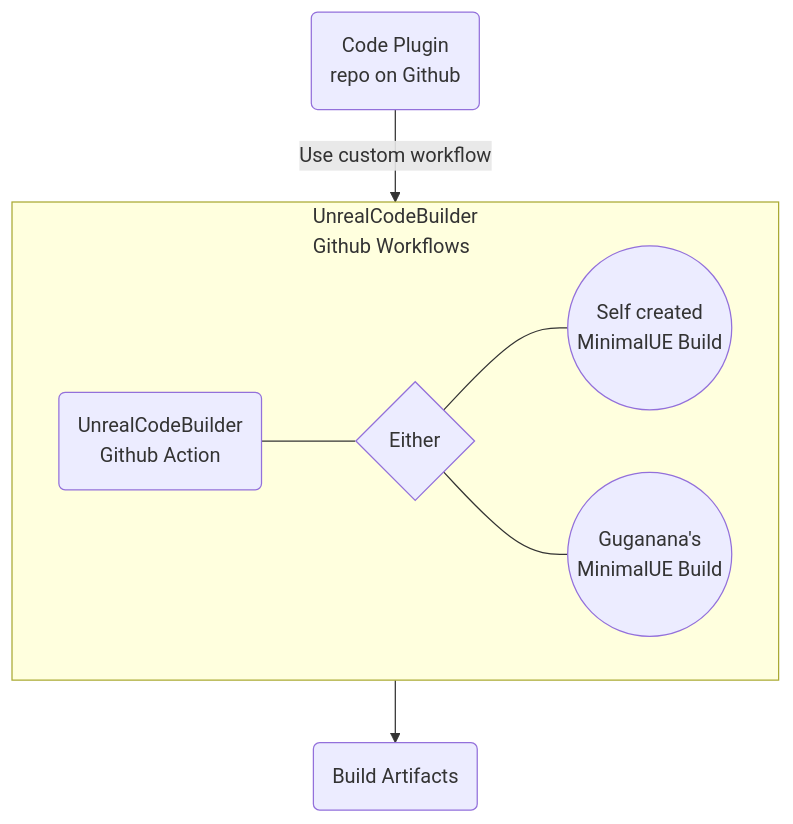
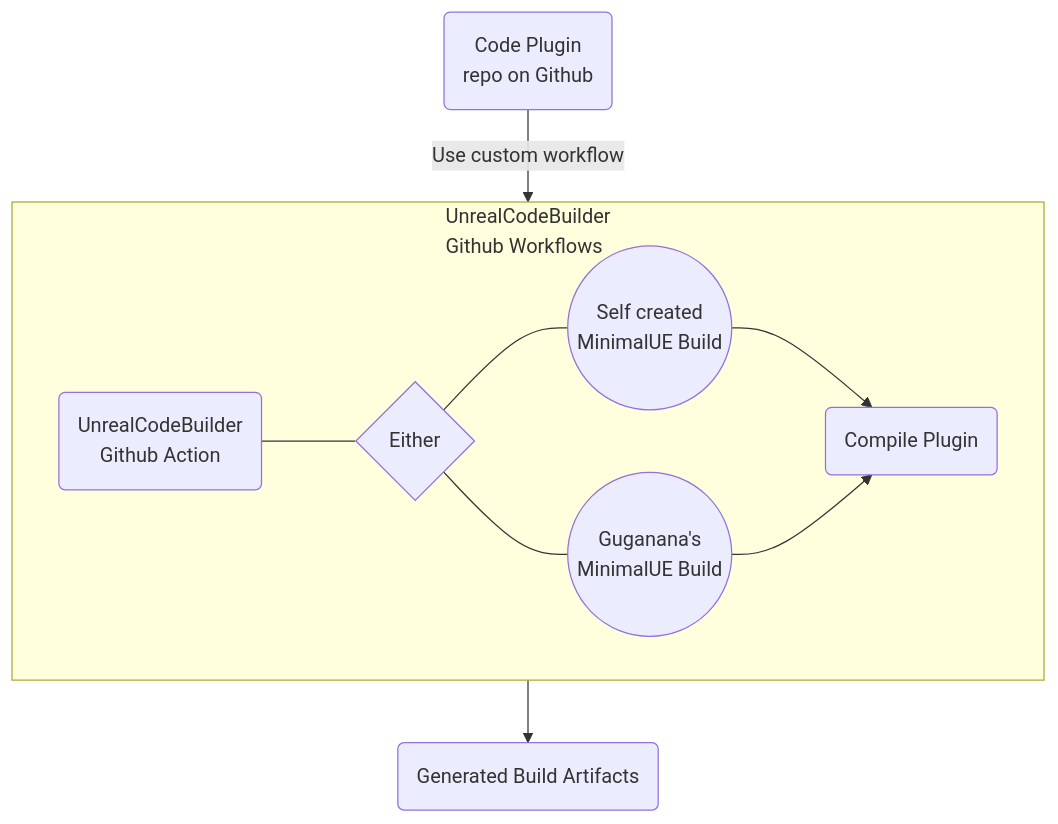
Before and after one commit to Guganana/UnrealPluginCIWithGithubActions: the diagram in README.md, drawn with Mermaid.

````diff
--- a/README.md
+++ b/README.md
@@ -13,19 +13,22 @@
 ```mermaid
 graph TB
 A(Code Plugin<br>repo on Github)
-E(Build Artifacts)
+E(Generated Build Artifacts)
 
 subgraph one["UnrealCodeBuilder<br> Github Workflows"]
     direction LR
     CA(UnrealCodeBuilder<br>Github Action)
     CB{Either}
     DA((Self created<br/> MinimalUE Build))
     DB((Guganana's<br/>MinimalUE Build))
+    Compile(Compile Plugin)
     CA --- CB
     CB --- DA
     CB --- DB
+    DA --> Compile
+    DB --> Compile
 end
 
 A -- Use custom workflow --> one
 one --> E
 ```
````
